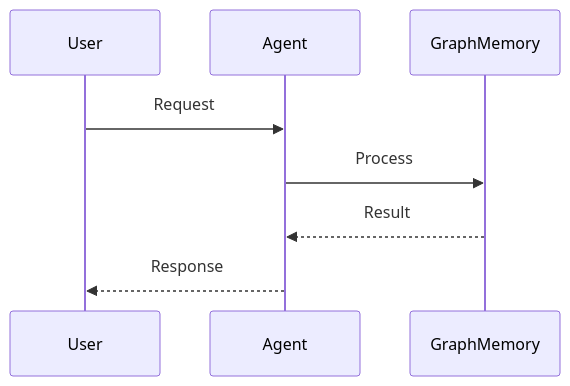
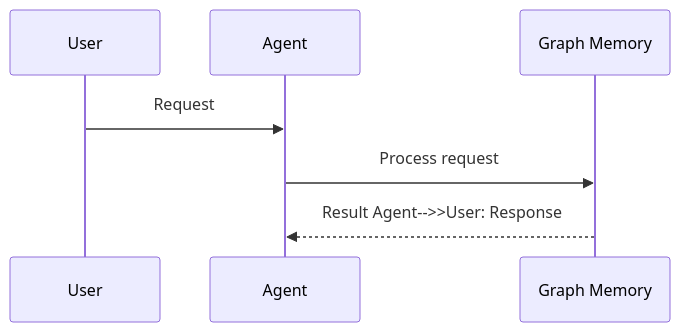
Before and after one commit to MervinPraison/PraisonAIDocs: the second of 2 diagrams in docs/features/graph-memory.mdx, drawn with Mermaid. The commit also changed 204 other files, not shown here.

First line of the commit message:
docs: align feature/tool pages with AGENTS.md hero + sequence + import standards (fixes #1775)

````diff
--- a/docs/features/graph-memory.mdx
+++ b/docs/features/graph-memory.mdx
@@ -51,11 +51,10 @@
 ```mermaid
 sequenceDiagram
     participant User
     participant Agent
-    participant GraphMemory
+    participant Feature as Graph Memory
 
     User->>Agent: Request
-    Agent->>GraphMemory: Process
-    GraphMemory-->>Agent: Result
-    Agent-->>User: Response
+    Agent->>Feature: Process request
+    Feature-->>Agent: Result    Agent-->>User: Response
 ```
````
